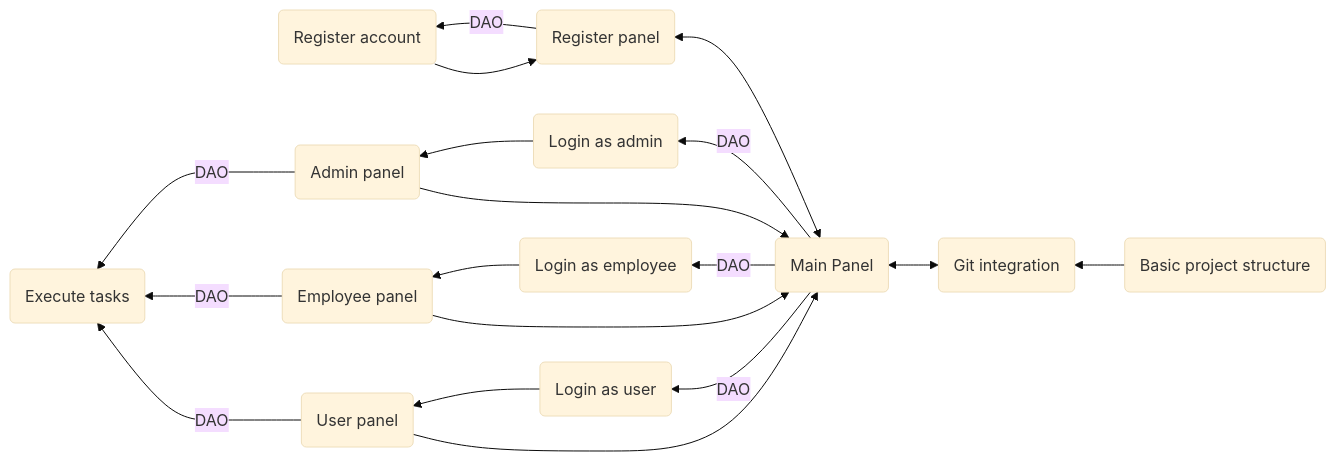
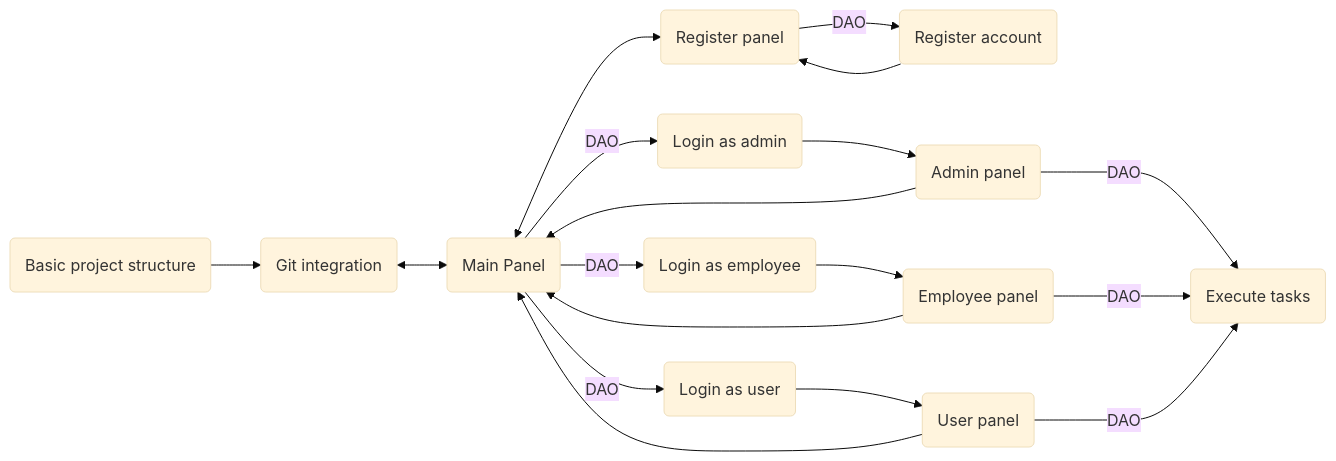
Before and after one commit to Alpelx/Console-Bank-Management-System: the diagram in report/pages/system-design.md, drawn with Mermaid (base theme). The commit also changed other lines of this file, not shown here.

````diff
--- a/report/pages/system-design.md
+++ b/report/pages/system-design.md
@@ -16,27 +17,27 @@
 ```mermaid
-    flowchart RL
+    flowchart LR
 BPS(Basic project structure)
 MP(Main Panel)
 GI(Git integration)
 LA(Login as admin)
 LE(Login as employee)
 LU(Login as user)
 RP(Register panel)
 RA(Register account)
 ET(Execute tasks)
 
 BPS --> GI <--> MP
 
 MP <--> RP
 MP -- DAO --> LA & LE & LU
 AP & EP & UP ---> MP
 
 RP -- DAO --> RA
 RA --> RP
    
 LA --> AP(Admin panel)
 LU --> UP(User panel)
 LE --> EP(Employee panel)
 
 AP & EP & UP -- DAO ---> ET
 ```
````
